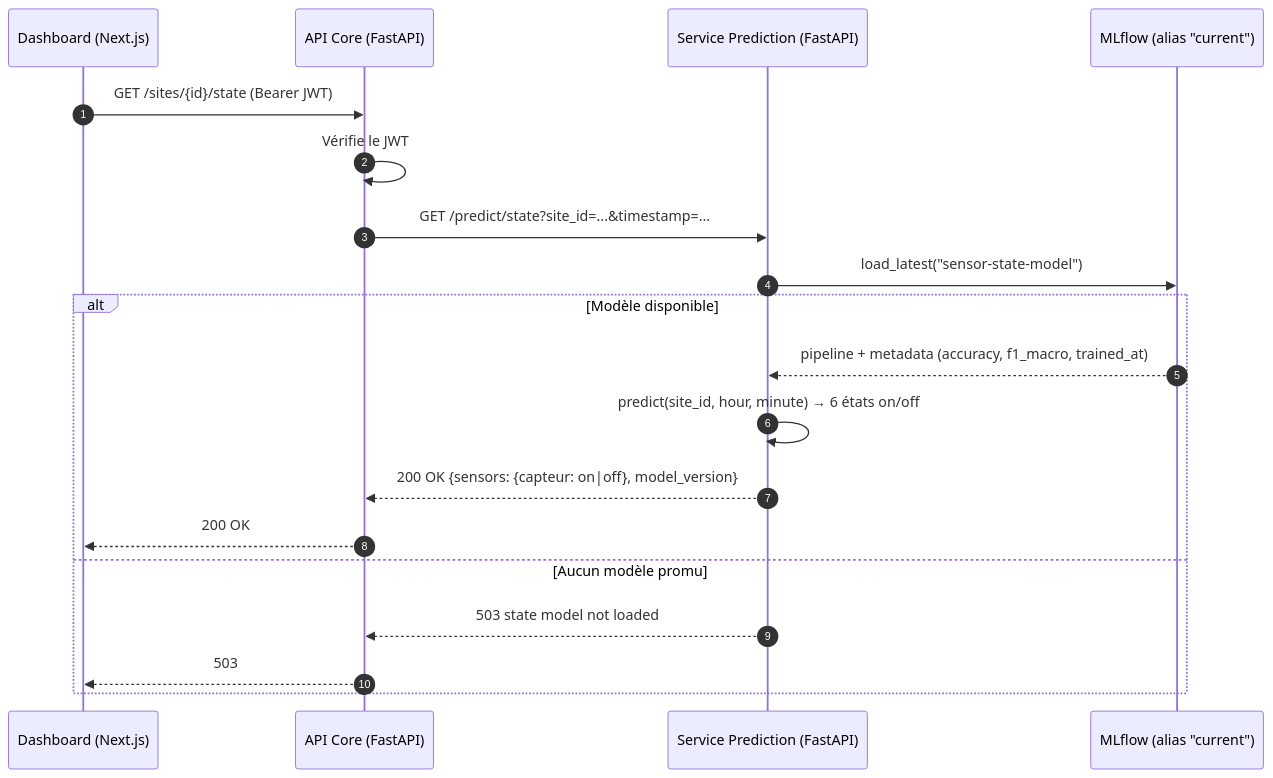
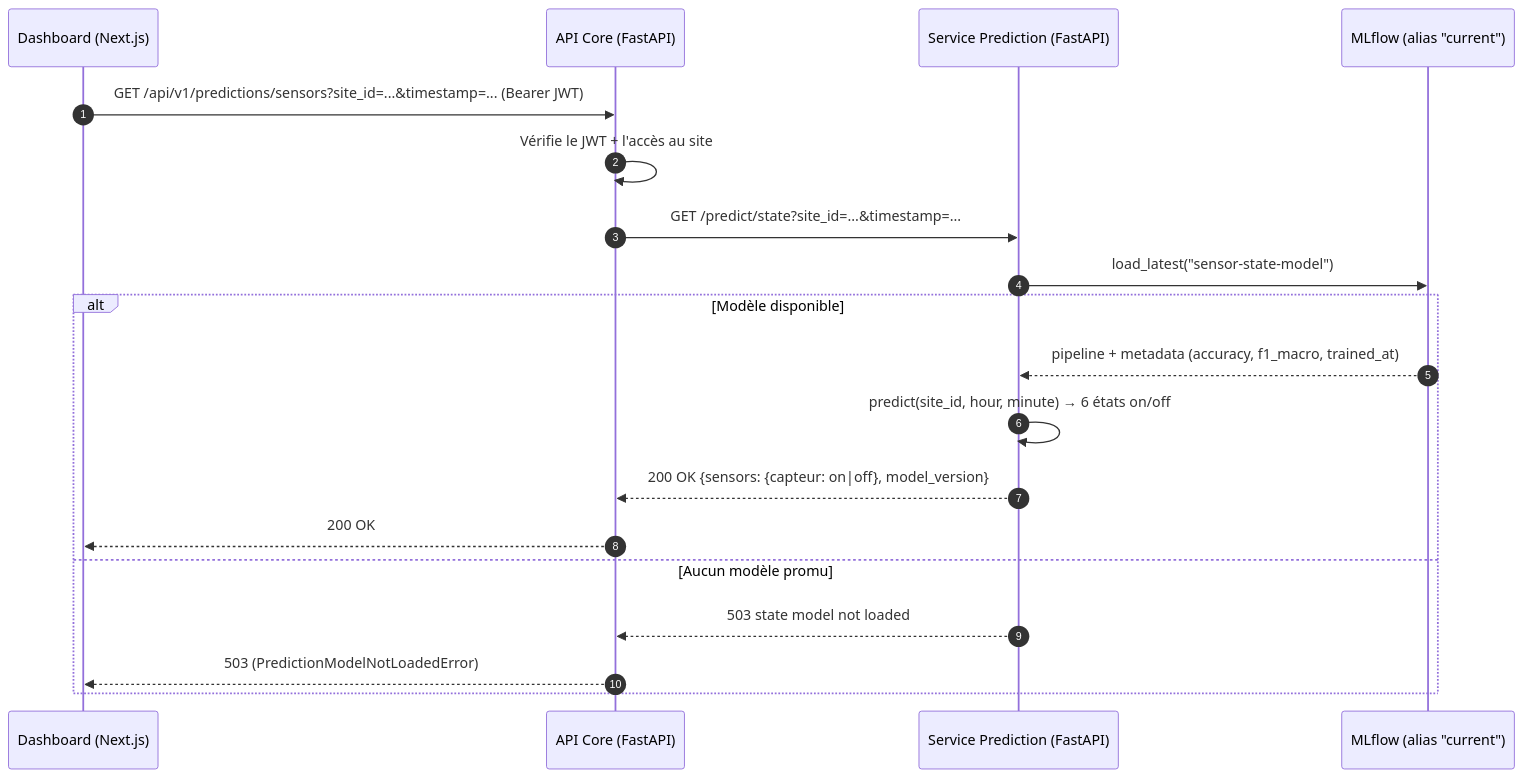
Before and after one commit to PetitPingu/EnerVision: the third of 3 diagrams in apps/prediction/docs/state-model.md, drawn with Mermaid. The commit also changed 10 other files, not shown here.

First line of the commit message:
feat(prediction): API et écran pour l'état on/off prédit des capteurs

````diff
--- a/apps/prediction/docs/state-model.md
+++ b/apps/prediction/docs/state-model.md
@@ -148,22 +148,22 @@
 ```mermaid
 sequenceDiagram
     autonumber
     participant Client as Dashboard (Next.js)
     participant Core as API Core (FastAPI)
     participant Pred as Service Prediction (FastAPI)
     participant MLflow as MLflow (alias "current")
 
-    Client->>Core: GET /sites/{id}/state (Bearer JWT)
-    Core->>Core: Vérifie le JWT
+    Client->>Core: GET /api/v1/predictions/sensors?site_id=...&timestamp=... (Bearer JWT)
+    Core->>Core: Vérifie le JWT + l'accès au site
     Core->>Pred: GET /predict/state?site_id=...&timestamp=...
     Pred->>MLflow: load_latest("sensor-state-model")
     alt Modèle disponible
         MLflow-->>Pred: pipeline + metadata (accuracy, f1_macro, trained_at)
         Pred->>Pred: predict(site_id, hour, minute) → 6 états on/off
         Pred-->>Core: 200 OK {sensors: {capteur: on|off}, model_version}
         Core-->>Client: 200 OK
     else Aucun modèle promu
         Pred-->>Core: 503 state model not loaded
-        Core-->>Client: 503
+        Core-->>Client: 503 (PredictionModelNotLoadedError)
     end
 ```
````
